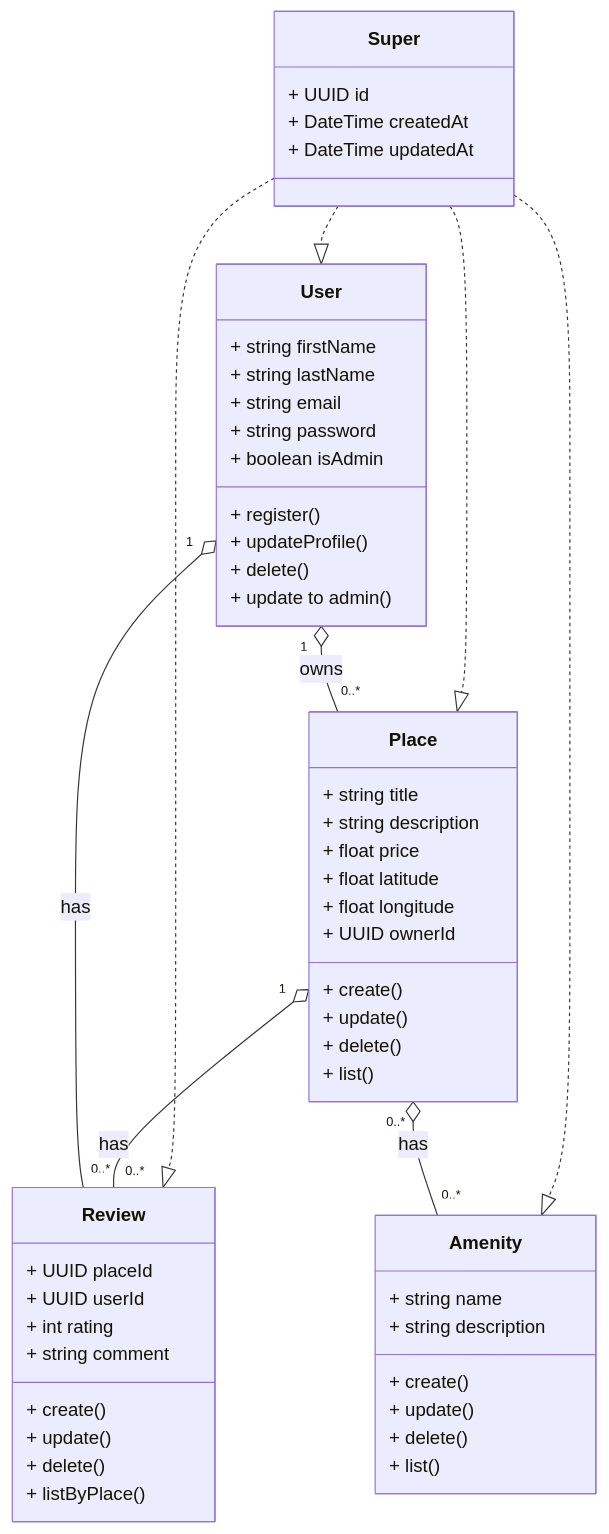
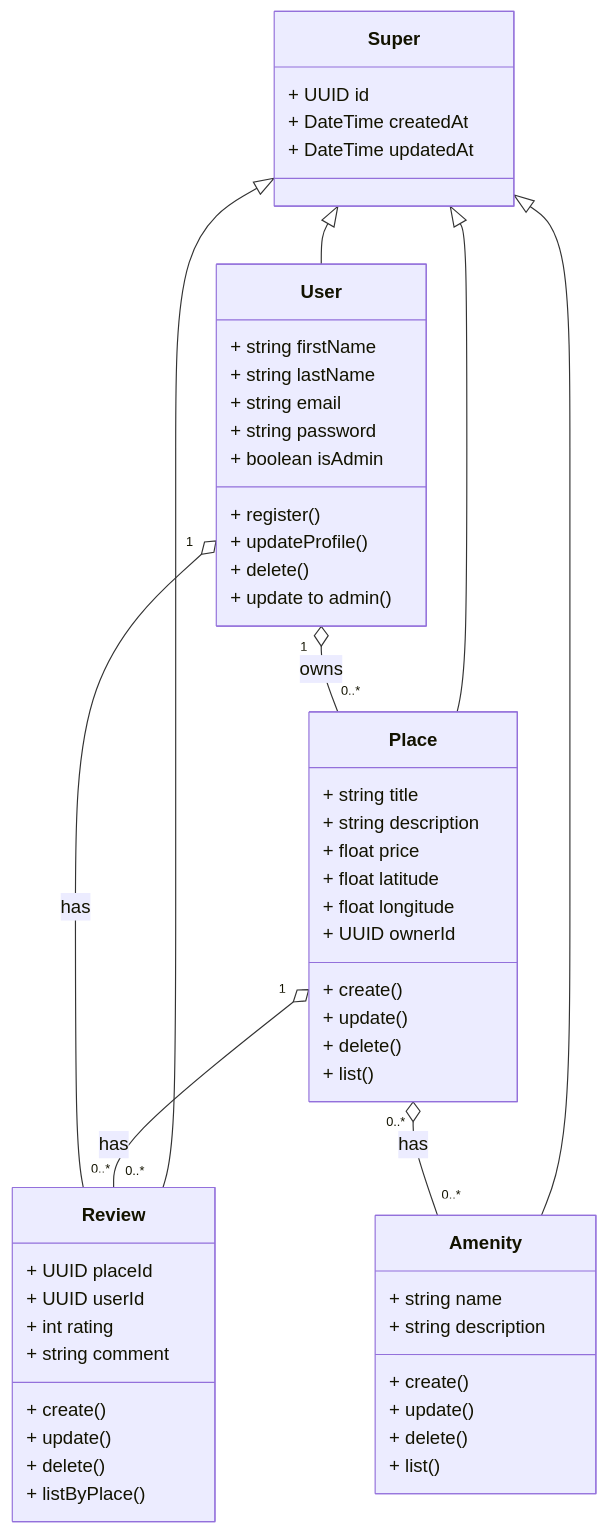
Before and after one commit to Maniok19/holbertonschool-hbnb: the diagram in ClassDiagram.mmd, drawn with Mermaid. The commit also changed 1 other file, not shown here.

Commit message:
Fix class diagram notation for inheritance relationships in ClassDiagram.mmd and README.md

```diff
--- a/ClassDiagram.mmd
+++ b/ClassDiagram.mmd
@@ -1,59 +1,59 @@
 classDiagram
   class Super{
     + UUID id
     + DateTime createdAt
     + DateTime updatedAt
   }
   class User {
 
     + string firstName
     + string lastName
     + string email
     + string password
     + boolean isAdmin
     + register()
     + updateProfile()
     + delete()
     + update to admin()
   }
   class Place {
     + string title
     + string description
     + float price
     + float latitude
     + float longitude
     + UUID ownerId
     + create()
     + update()
     + delete()
     + list()
   }
   class Review {
 
     + UUID placeId
     + UUID userId
     + int rating
     + string comment
     + create()
     + update()
     + delete()
     + listByPlace()
   }
   class Amenity {
 
     + string name
     + string description
     + create()
     + update()
     + delete()
     + list()
   }
 
-  Super ..|> User
-  Super ..|> Place
-  Super ..|> Review
-  Super ..|> Amenity
+  Super <|-- User
+  Super <|-- Place
+  Super <|-- Review
+  Super <|-- Amenity
   User "1" o-- "0..*" Place : owns
   Place "1" o-- "0..*" Review : has
   Place "0..*" o-- "0..*" Amenity : has
   User "1" o-- "0..*" Review : has
```
